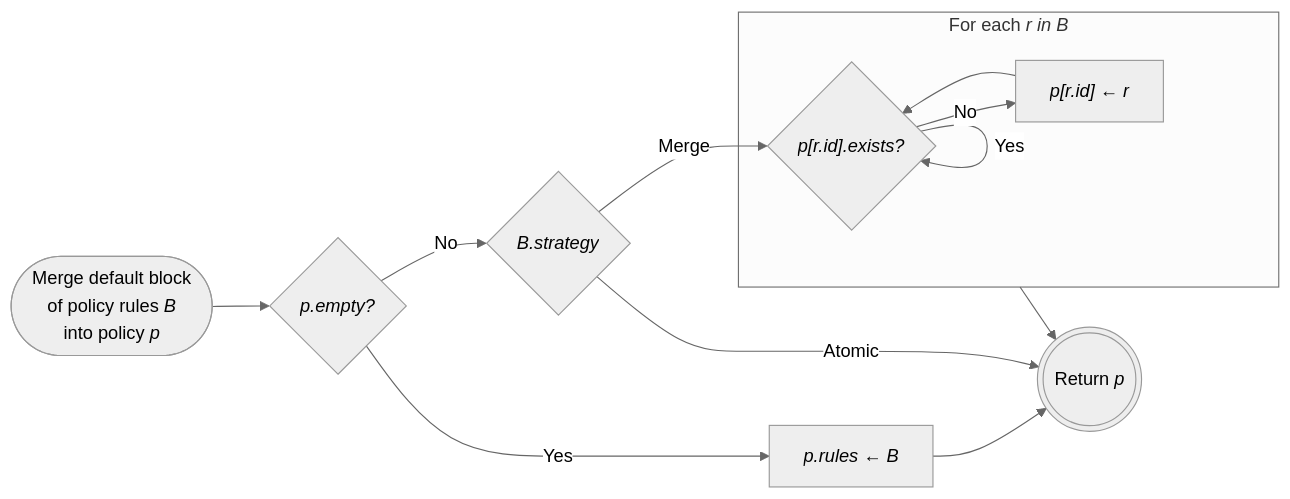
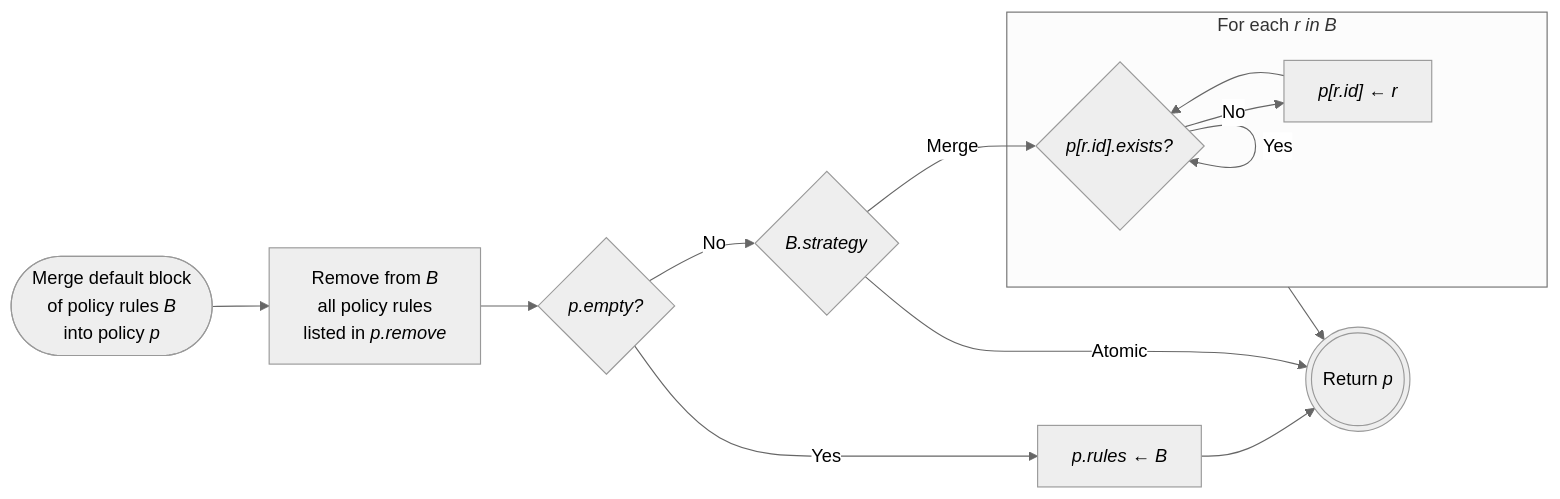
Before and after one commit to pmccarthy/architecture: the fifth of 6 diagrams in rfcs/0009-defaults-and-overrides.md, drawn with Mermaid.

Commit message:
Added support for deactivations in the implementation diagrams

````diff
--- a/rfcs/0009-defaults-and-overrides.md
+++ b/rfcs/0009-defaults-and-overrides.md
@@ -368,17 +368,18 @@
 ```mermaid
 %%{ init: { "theme": "neutral" } }%%
 flowchart LR
     merge-default-block-into-p-start([Merge default block<br>of policy rules <i>B</i><br>into policy <i>p</i>]) -->
+    remove-unwanted-policy-rules[Remove from <i>B</i><br>all policy rules<br>listed in <i>p.remove</i>] -->
     p-empty{<i>p.empty?</i>}
     p-empty -- "Yes" --> full-replace-p-with-defaut-block[<i>p.rules ← B</i>] --> merge-default-block-into-p-finish(((Return <i>p</i>)))
     p-empty -- "No" --> default-block-strategy{<i>B.strategy</i>}
     default-block-strategy -- "Atomic" --> merge-default-block-into-p-finish
     default-block-strategy -- "Merge" --> default-p-r-exists
     subgraph for-each-default-policy-rule["For each <i>r in B<i>"]
         default-p-r-exists{"<i>p[r.id].exists?</i>"}
         default-p-r-exists -- "Yes" --> default-p-r-exists
         default-p-r-exists -- "No" --> default-replace-pr["<i>p[r.id] ← r</i>"] --> default-p-r-exists
     end
     for-each-default-policy-rule -->
     merge-default-block-into-p-finish
 ```
````
